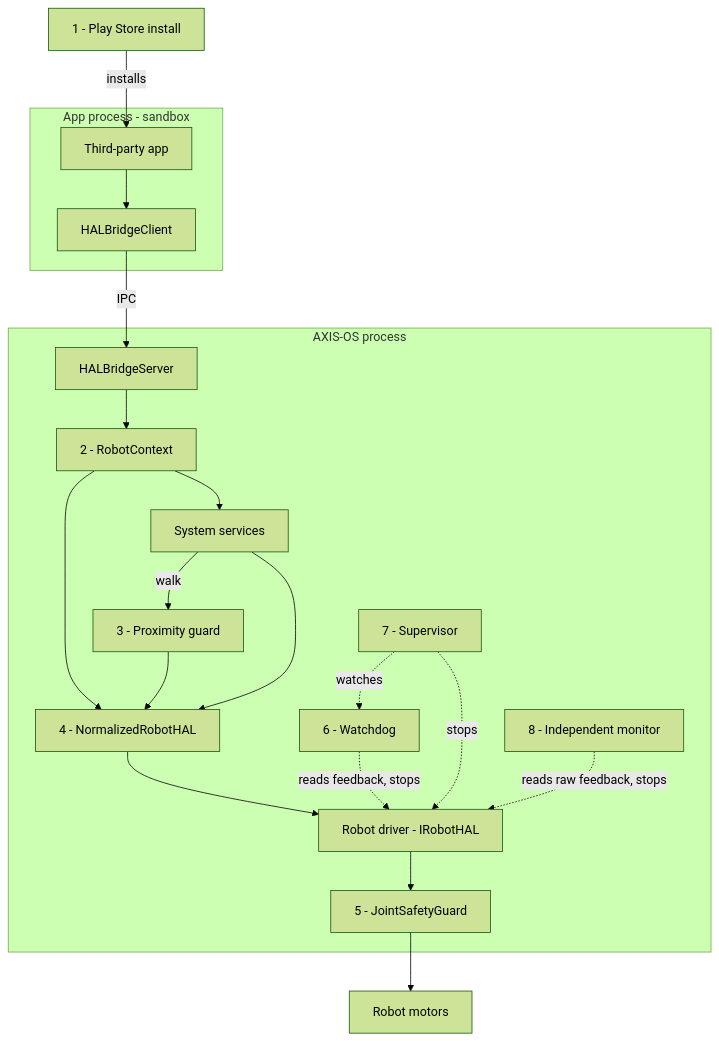
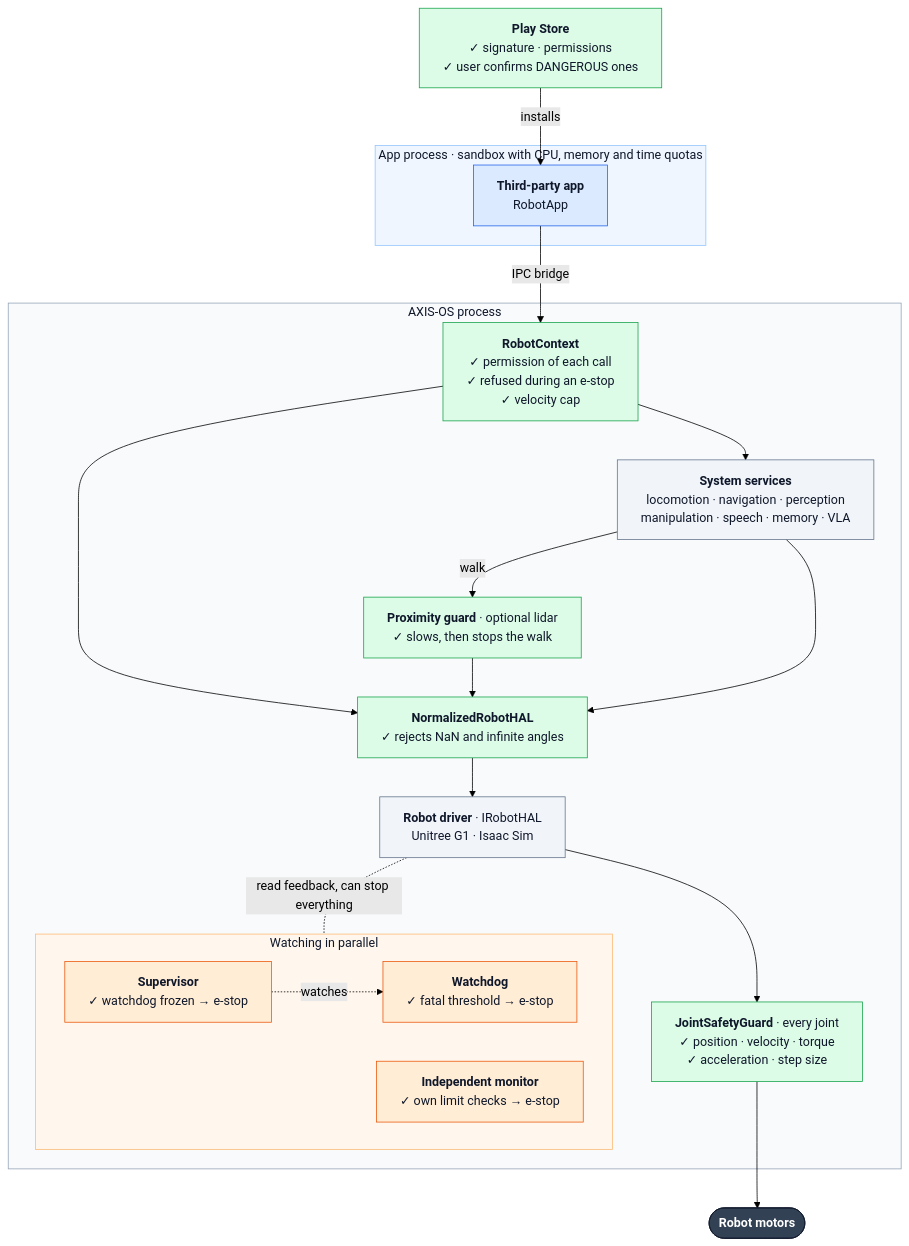
The diagram in README.md (OS-AXIS/AXIS-OS), drawn with Mermaid (forest theme) before and after one commit. The commit also changed other lines of this file and 1 other file, not shown here.

Commit message:
Rend le schéma des couches du README plus lisible
Le schéma simplifié ne montrait plus les contrôles que par des numéros
renvoyant à un tableau, et le rendu restait terne. On revient à la
version de base, où chaque contrôle est écrit dans sa boîte, en la
rendant plus claire.

Chaque boîte a un titre en gras. Les couleurs disent le rôle : bleu pour
l'app, vert pour les contrôles de sécurité, orange pour la surveillance,
gris pour le reste. Le watchdog, le superviseur et le moniteur
indépendant sont regroupés dans un cadre « surveillance en parallèle »,
placé à côté du driver dont ils lisent les retours, ce qui supprime les
flèches qui se croisaient. Les textes passent moins vite à la ligne. Une
légende courte remplace le tableau, en anglais et en français.

Rendu sans erreur avec mermaid-cli 10.6.1 et 11.4.2 ; la première
version, de même syntaxe, s'affichait bien sur GitHub.

Claude-Session: https://claude.ai/code/session_01Kd65oQX59GQ8FeKBTHrWbn

````diff
--- a/README.md
+++ b/README.md
@@ -50,37 +50,52 @@
 ```mermaid
+%%{init: {"flowchart": {"wrappingWidth": 320}}}%%
 flowchart TB
-    PS["1 - Play Store install"]
-    subgraph APP["App process - sandbox"]
-        A["Third-party app"]
-        C["HALBridgeClient"]
+    PS["<b>Play Store</b><br/>✓ signature · permissions<br/>✓ user confirms DANGEROUS ones"]
+
+    subgraph APP["App process · sandbox with CPU, memory and time quotas"]
+        A["<b>Third-party app</b><br/>RobotApp"]
     end
+
     subgraph OS["AXIS-OS process"]
-        S["HALBridgeServer"]
-        CTX["2 - RobotContext"]
-        SV["System services"]
-        G["3 - Proximity guard"]
-        N["4 - NormalizedRobotHAL"]
-        D["Robot driver - IRobotHAL"]
-        J["5 - JointSafetyGuard"]
-        W["6 - Watchdog"]
-        SU["7 - Supervisor"]
-        IM["8 - Independent monitor"]
+        CTX["<b>RobotContext</b><br/>✓ permission of each call<br/>✓ refused during an e-stop<br/>✓ velocity cap"]
+        SV["<b>System services</b><br/>locomotion · navigation · perception<br/>manipulation · speech · memory · VLA"]
+        G["<b>Proximity guard</b> · optional lidar<br/>✓ slows, then stops the walk"]
+        N["<b>NormalizedRobotHAL</b><br/>✓ rejects NaN and infinite angles"]
+        D["<b>Robot driver</b> · IRobotHAL<br/>Unitree G1 · Isaac Sim"]
+        J["<b>JointSafetyGuard</b> · every joint<br/>✓ position · velocity · torque<br/>✓ acceleration · step size"]
+        subgraph MON["Watching in parallel"]
+            W["<b>Watchdog</b><br/>✓ fatal threshold → e-stop"]
+            SU["<b>Supervisor</b><br/>✓ watchdog frozen → e-stop"]
+            IM["<b>Independent monitor</b><br/>✓ own limit checks → e-stop"]
+        end
     end
-    R["Robot motors"]
+
+    R(["<b>Robot motors</b>"])
+
     PS -->|installs| A
-    A --> C
-    C -->|IPC| S
-    S --> CTX
+    A -->|"IPC bridge"| CTX
     CTX --> SV
     CTX --> N
     SV -->|walk| G
     G --> N
     SV --> N
     N --> D
     D --> J
     J --> R
-    W -.->|reads feedback, stops| D
     SU -.->|watches| W
-    SU -.->|stops| D
-    IM -.->|reads raw feedback, stops| D
+    D -.-|"read feedback, can stop everything"| MON
+
+    classDef app fill:#dbeafe,stroke:#2563eb,color:#0f172a
+    classDef check fill:#dcfce7,stroke:#16a34a,color:#0f172a
+    classDef watch fill:#ffedd5,stroke:#ea580c,color:#0f172a
+    classDef plain fill:#f1f5f9,stroke:#64748b,color:#0f172a
+    classDef motor fill:#334155,stroke:#0f172a,color:#ffffff
+    class A app
+    class PS,CTX,G,N,J check
+    class W,SU,IM watch
+    class SV,D plain
+    class R motor
+    style APP fill:#eff6ff,stroke:#93c5fd,color:#0f172a
+    style OS fill:#f8fafc,stroke:#94a3b8,color:#0f172a
+    style MON fill:#fff7ed,stroke:#fdba74,color:#0f172a
 ```
````
